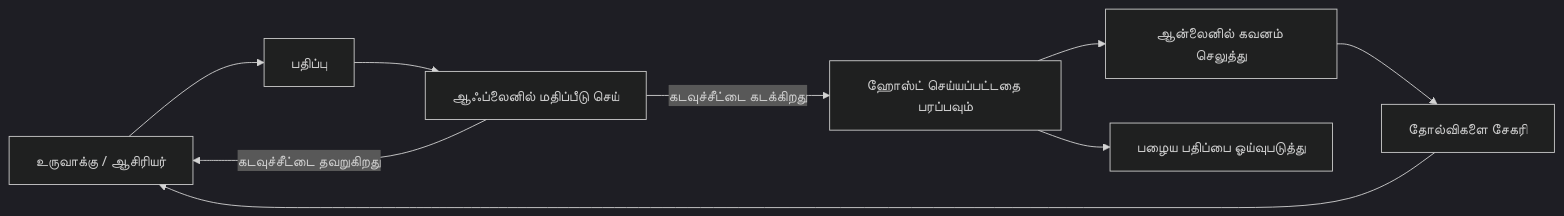
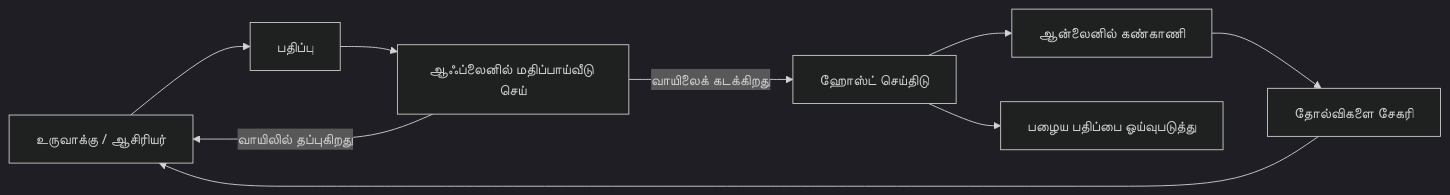
One commit to gabrielmoreira/agent-skills-mirror changed the second of 4 diagrams in mirrors/repos/microsoft@ai-agents-for-beginners/translations/ta/16-deploying-scalable-agents/README.md. Above: the diagram before and after it, drawn with Mermaid (dark theme). The commit also changed other lines of this file and 4262 other files, not shown here.

````diff
--- a/mirrors/repos/microsoft@ai-agents-for-beginners/translations/ta/16-deploying-scalable-agents/README.md
+++ b/mirrors/repos/microsoft@ai-agents-for-beginners/translations/ta/16-deploying-scalable-agents/README.md
@@ -108,11 +108,11 @@
 ```mermaid
 flowchart LR
     Create[உருவாக்கு / ஆசிரியர்] --> Version[பதிப்பு]
-    Version --> Evaluate[ஆஃப்லைனில் மதிப்பீடு செய்]
-    Evaluate -->|கடவுச்சீட்டை கடக்கிறது| Deploy[ஹோஸ்ட் செய்யப்பட்டதை பரப்பவும்]
-    Evaluate -->|கடவுச்சீட்டை தவறுகிறது| Create
-    Deploy --> Observe[ஆன்லைனில் கவனம் செலுத்து]
+    Version --> Evaluate[ஆஃப்லைனில் மதிப்பாய்வீடு செய்]
+    Evaluate -->|வாயிலைக் கடக்கிறது| Deploy[ஹோஸ்ட் செய்திடு]
+    Evaluate -->|வாயிலில் தப்புகிறது| Create
+    Deploy --> Observe[ஆன்லைனில் கண்காணி]
     Observe --> Improve[தோல்விகளை சேகரி]
     Improve --> Create
     Deploy --> Retire[பழைய பதிப்பை ஓய்வுபடுத்து]
 ```
````
